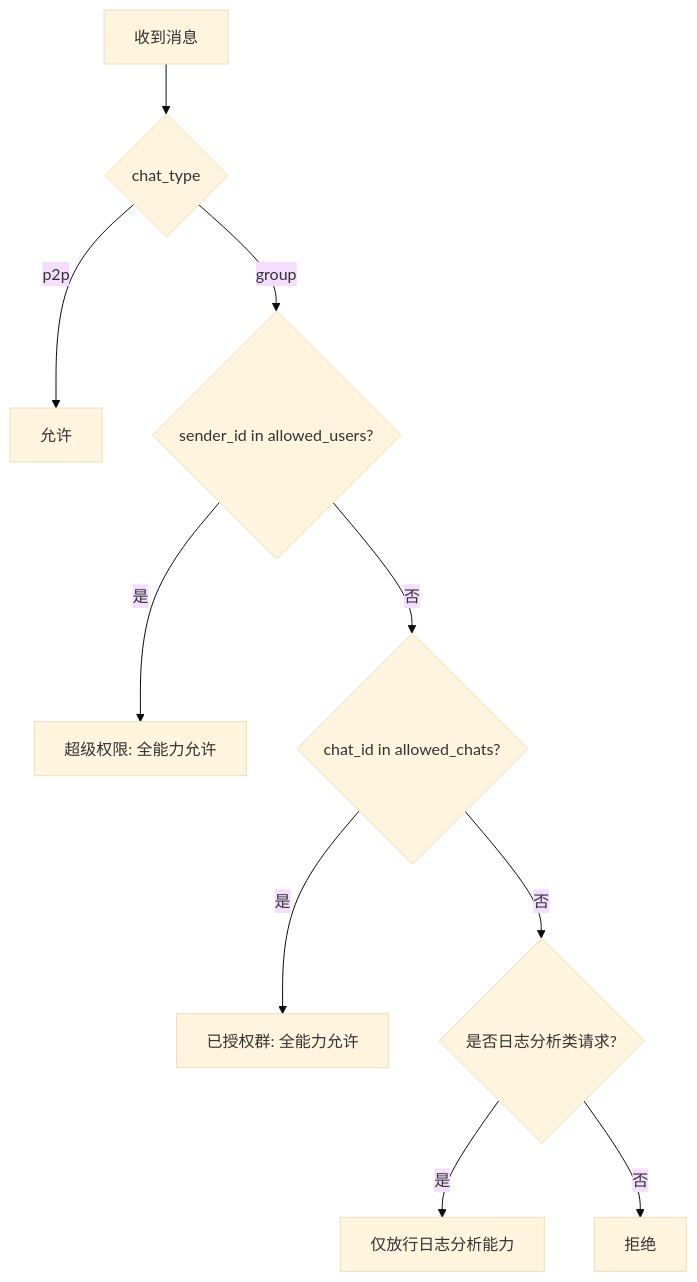
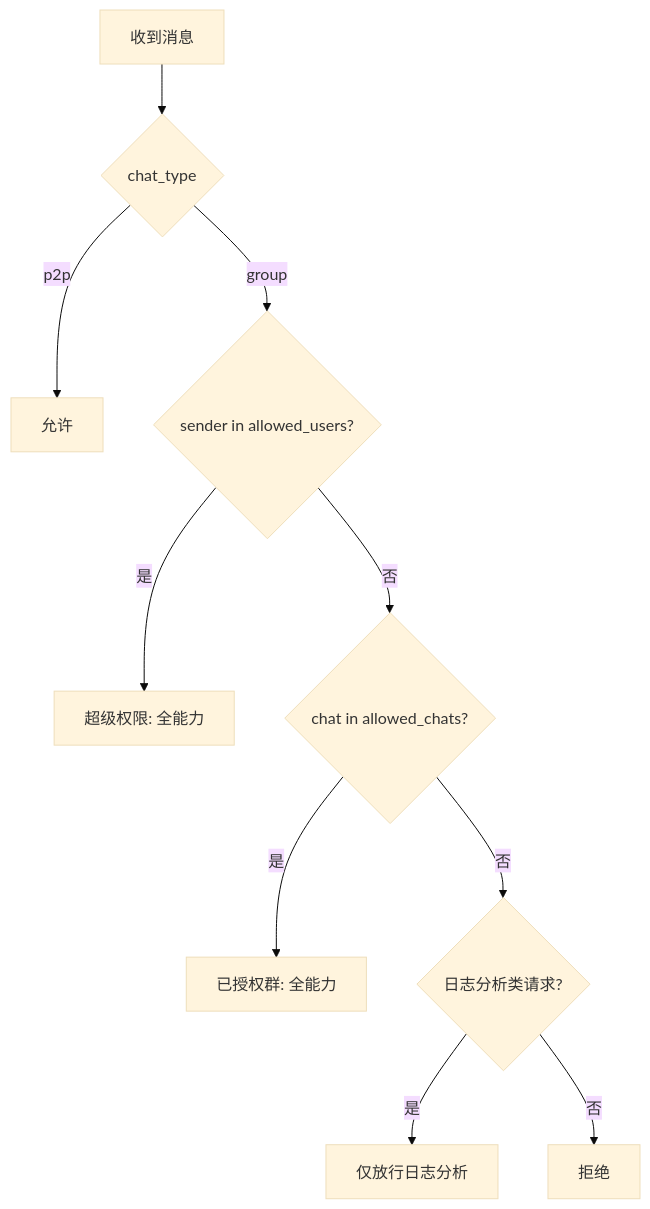
One commit to zhuyunlong/lark-agent-bridge changed the third of 5 diagrams in docs/project-overview-architecture.md. Above: the diagram before and after it, drawn with Mermaid (base theme). The commit also changed other lines of this file and 12 other files, not shown here.

Commit message:
refactor: align fork architecture cleanup

````diff
--- a/docs/project-overview-architecture.md
+++ b/docs/project-overview-architecture.md
@@ -177,12 +252,12 @@
 ```mermaid
 flowchart TD
     A[收到消息] --> B{chat_type}
     B -- p2p --> C[允许]
-    B -- group --> D{sender_id in allowed_users?}
-    D -- 是 --> E[超级权限: 全能力允许]
-    D -- 否 --> F{chat_id in allowed_chats?}
-    F -- 是 --> G[已授权群: 全能力允许]
-    F -- 否 --> H{是否日志分析类请求?}
-    H -- 是 --> I[仅放行日志分析能力]
+    B -- group --> D{sender in allowed_users?}
+    D -- 是 --> E[超级权限: 全能力]
+    D -- 否 --> F{chat in allowed_chats?}
+    F -- 是 --> G[已授权群: 全能力]
+    F -- 否 --> H{日志分析类请求?}
+    H -- 是 --> I[仅放行日志分析]
     H -- 否 --> J[拒绝]
 ```
````
